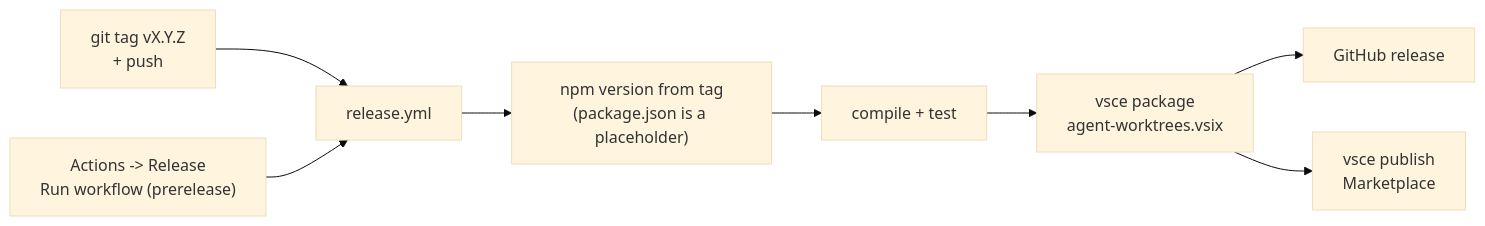
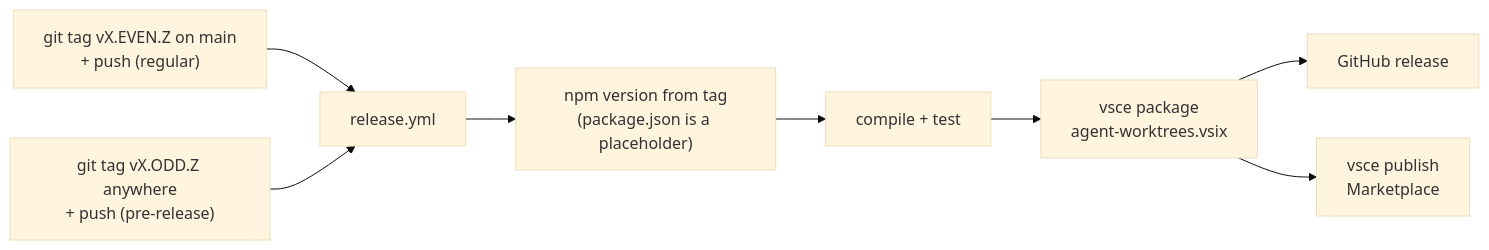
One commit to BradenTerry/agent-worktrees changed the diagram in .claude/skills/release/SKILL.md. Above: the diagram before and after it, drawn with Mermaid (base theme). The commit also changed other lines of this file and 36 other files, not shown here.

First line of the commit message:
Agent status from Claude's own files, and an odd-minor pre-release channel (#88)

````diff
--- a/.claude/skills/release/SKILL.md
+++ b/.claude/skills/release/SKILL.md
@@ -15,10 +15,10 @@
 ```mermaid
 flowchart LR
-  A["git tag vX.Y.Z<br/>+ push"] --> B[release.yml]
-  M["Actions -> Release<br/>Run workflow (prerelease)"] --> B
+  A["git tag vX.EVEN.Z on main<br/>+ push (regular)"] --> B[release.yml]
+  M["git tag vX.ODD.Z anywhere<br/>+ push (pre-release)"] --> B
   B --> C["npm version from tag<br/>(package.json is a placeholder)"]
   C --> D[compile + test]
   D --> E["vsce package<br/>agent-worktrees.vsix"]
   E --> F[GitHub release]
   E --> G["vsce publish<br/>Marketplace"]
 ```
````
